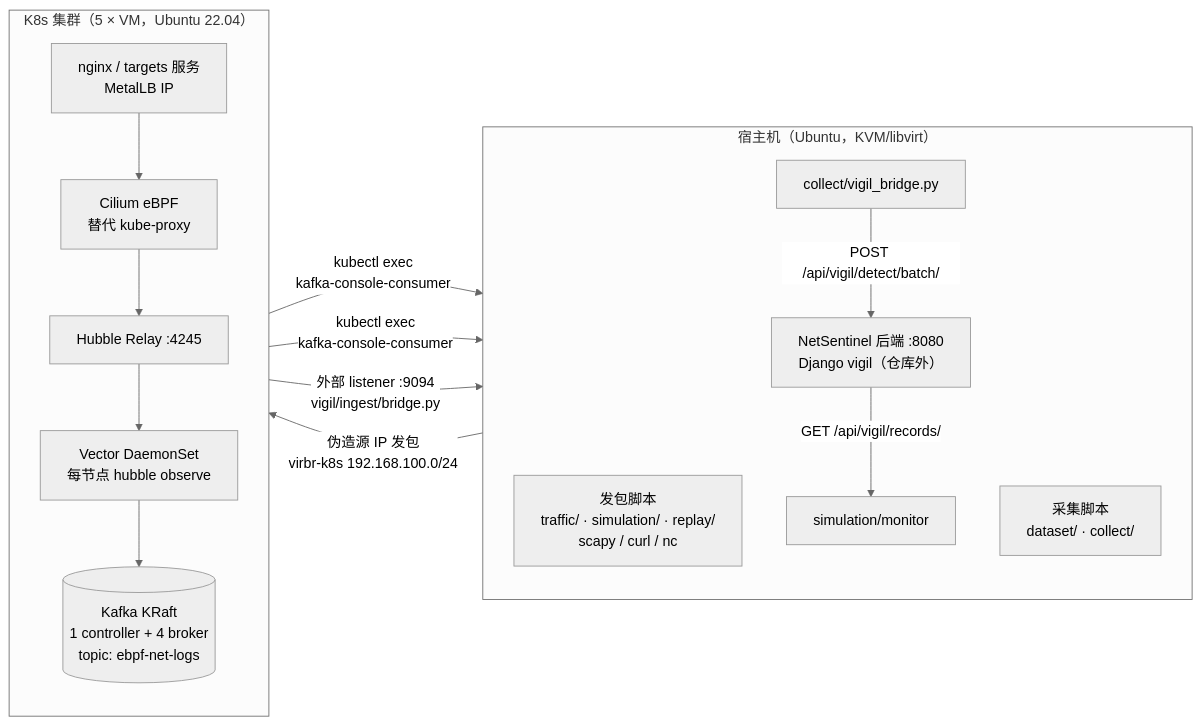
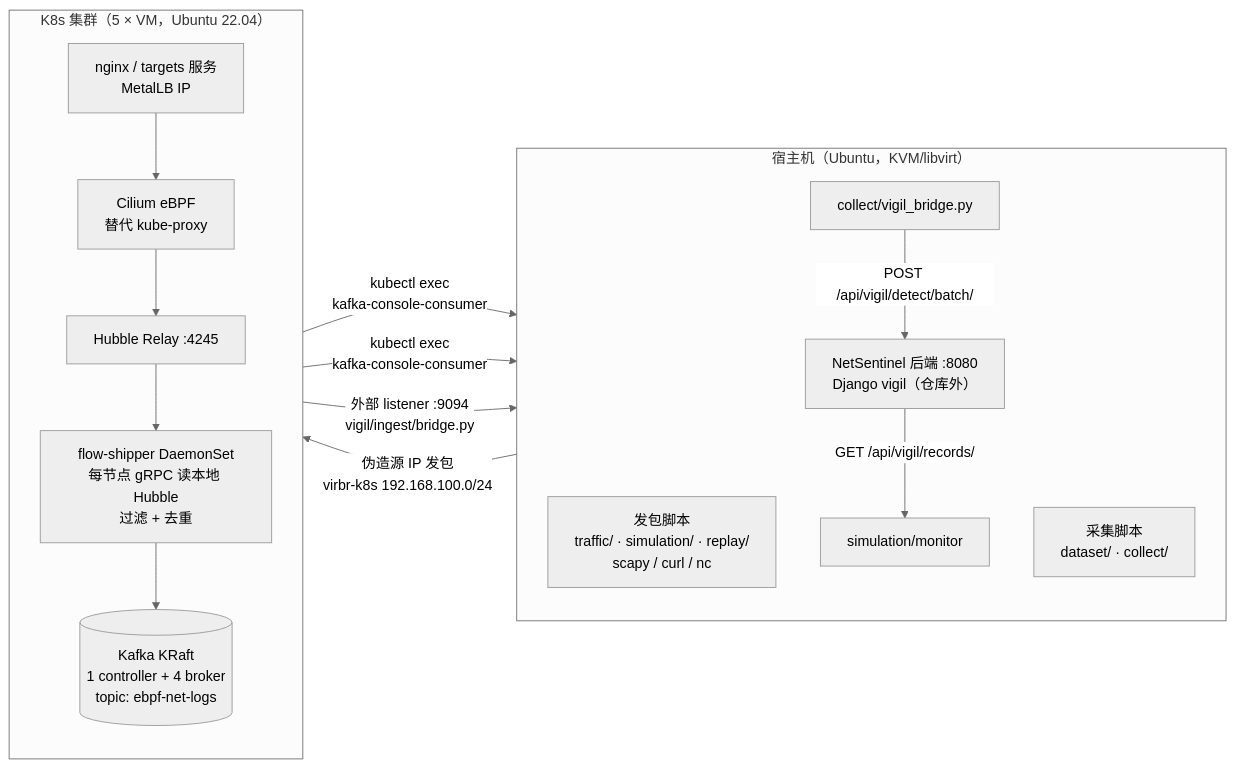
The diagram in lab/README.md (knet-lab/knettf), drawn with Mermaid (neutral theme) before and after one commit. The commit also changed other lines of this file and 14 other files, not shown here.

First line of the commit message:
lab：用 Python 的 flow-shipper 替代 Vector + hubble observe

````diff
--- a/lab/README.md
+++ b/lab/README.md
@@ -17,28 +17,28 @@
 ```mermaid
 flowchart LR
     subgraph HOST["宿主机（Ubuntu，KVM/libvirt）"]
         direction TB
         GEN["发包脚本<br/>traffic/ · simulation/ · replay/<br/>scapy / curl / nc"]
         COL["采集脚本<br/>dataset/ · collect/"]
         BRG["collect/vigil_bridge.py"]
         MON["simulation/monitor"]
         NS["NetSentinel 后端 :8080<br/>Django vigil（仓库外）"]
     end
 
     subgraph K8S["K8s 集群（5 × VM，Ubuntu 22.04）"]
         direction TB
         SVC["nginx / targets 服务<br/>MetalLB IP"]
         CIL["Cilium eBPF<br/>替代 kube-proxy"]
         HUB["Hubble Relay :4245"]
-        VEC["Vector DaemonSet<br/>每节点 hubble observe"]
+        VEC["flow-shipper DaemonSet<br/>每节点 gRPC 读本地 Hubble<br/>过滤 + 去重"]
         KAF[("Kafka KRaft<br/>1 controller + 4 broker<br/>topic: ebpf-net-logs")]
         SVC --> CIL --> HUB --> VEC --> KAF
     end
 
     GEN -- "伪造源 IP 发包<br/>virbr-k8s 192.168.100.0/24" --> SVC
     KAF -- "kubectl exec<br/>kafka-console-consumer" --> COL
     KAF -- "kubectl exec<br/>kafka-console-consumer" --> BRG
     KAF -- "外部 listener :9094<br/>vigil/ingest/bridge.py" --> NS
     BRG -- "POST /api/vigil/detect/batch/" --> NS
     NS -- "GET /api/vigil/records/" --> MON
 ```
````
